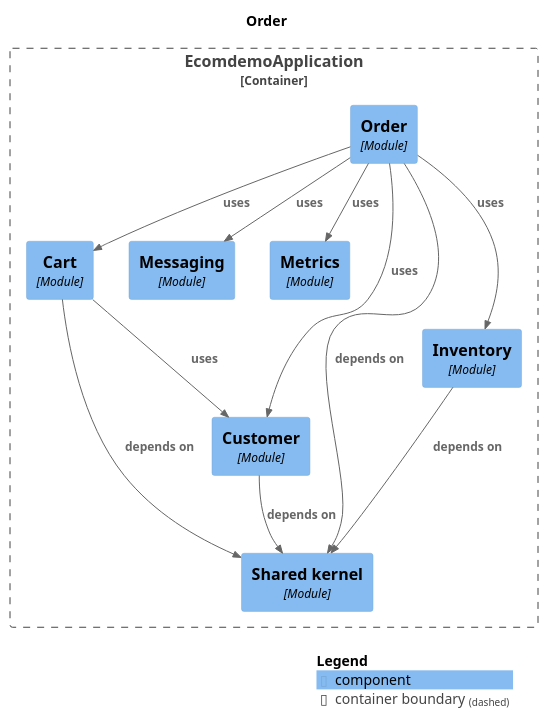
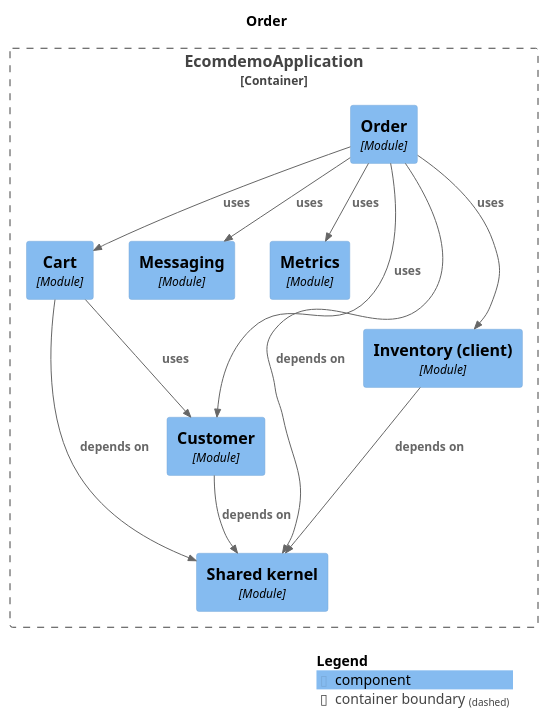
One commit to mr-sujay-patil/ecomdemo changed the diagram in docs/modules/module-order.puml. Above: the diagram before and after it, drawn with PlantUML. The commit also changed 19 other files, not shown here.

```diff
--- a/docs/modules/module-order.puml
+++ b/docs/modules/module-order.puml
@@ -1,33 +1,33 @@
 @startuml
 set separator none
 title Order
 
 top to bottom direction
 
 !include <C4/C4>
 !include <C4/C4_Context>
 !include <C4/C4_Component>
 
 Container_Boundary("EcomdemoApplication.EcomdemoApplication_boundary", "EcomdemoApplication", $tags="") {
   Component(EcomdemoApplication.EcomdemoApplication.Cart, "Cart", $techn="Module", $descr="", $tags="", $link="")
   Component(EcomdemoApplication.EcomdemoApplication.Order, "Order", $techn="Module", $descr="", $tags="", $link="")
   Component(EcomdemoApplication.EcomdemoApplication.Messaging, "Messaging", $techn="Module", $descr="", $tags="", $link="")
   Component(EcomdemoApplication.EcomdemoApplication.Metrics, "Metrics", $techn="Module", $descr="", $tags="", $link="")
   Component(EcomdemoApplication.EcomdemoApplication.Sharedkernel, "Shared kernel", $techn="Module", $descr="", $tags="", $link="")
   Component(EcomdemoApplication.EcomdemoApplication.Customer, "Customer", $techn="Module", $descr="", $tags="", $link="")
-  Component(EcomdemoApplication.EcomdemoApplication.Inventory, "Inventory", $techn="Module", $descr="", $tags="", $link="")
+  Component(EcomdemoApplication.EcomdemoApplication.Inventoryclient, "Inventory (client)", $techn="Module", $descr="", $tags="", $link="")
 }
 
 Rel(EcomdemoApplication.EcomdemoApplication.Cart, EcomdemoApplication.EcomdemoApplication.Customer, "uses", $techn="", $tags="", $link="")
 Rel(EcomdemoApplication.EcomdemoApplication.Cart, EcomdemoApplication.EcomdemoApplication.Sharedkernel, "depends on", $techn="", $tags="", $link="")
 Rel(EcomdemoApplication.EcomdemoApplication.Customer, EcomdemoApplication.EcomdemoApplication.Sharedkernel, "depends on", $techn="", $tags="", $link="")
-Rel(EcomdemoApplication.EcomdemoApplication.Inventory, EcomdemoApplication.EcomdemoApplication.Sharedkernel, "depends on", $techn="", $tags="", $link="")
+Rel(EcomdemoApplication.EcomdemoApplication.Inventoryclient, EcomdemoApplication.EcomdemoApplication.Sharedkernel, "depends on", $techn="", $tags="", $link="")
 Rel(EcomdemoApplication.EcomdemoApplication.Order, EcomdemoApplication.EcomdemoApplication.Cart, "uses", $techn="", $tags="", $link="")
 Rel(EcomdemoApplication.EcomdemoApplication.Order, EcomdemoApplication.EcomdemoApplication.Customer, "uses", $techn="", $tags="", $link="")
-Rel(EcomdemoApplication.EcomdemoApplication.Order, EcomdemoApplication.EcomdemoApplication.Inventory, "uses", $techn="", $tags="", $link="")
+Rel(EcomdemoApplication.EcomdemoApplication.Order, EcomdemoApplication.EcomdemoApplication.Inventoryclient, "uses", $techn="", $tags="", $link="")
 Rel(EcomdemoApplication.EcomdemoApplication.Order, EcomdemoApplication.EcomdemoApplication.Messaging, "uses", $techn="", $tags="", $link="")
 Rel(EcomdemoApplication.EcomdemoApplication.Order, EcomdemoApplication.EcomdemoApplication.Metrics, "uses", $techn="", $tags="", $link="")
 Rel(EcomdemoApplication.EcomdemoApplication.Order, EcomdemoApplication.EcomdemoApplication.Sharedkernel, "depends on", $techn="", $tags="", $link="")
 
 SHOW_LEGEND(true)
 @enduml
```
